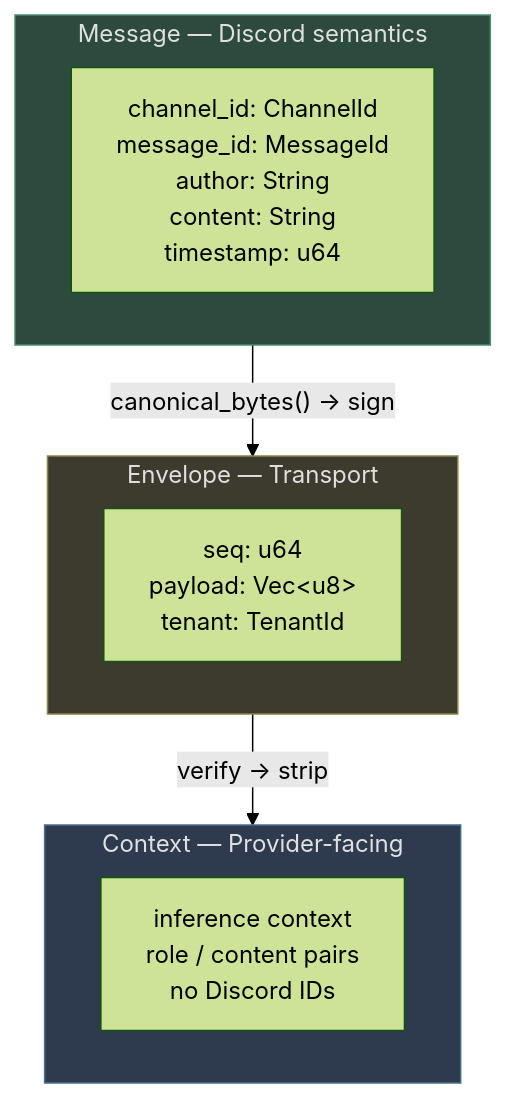
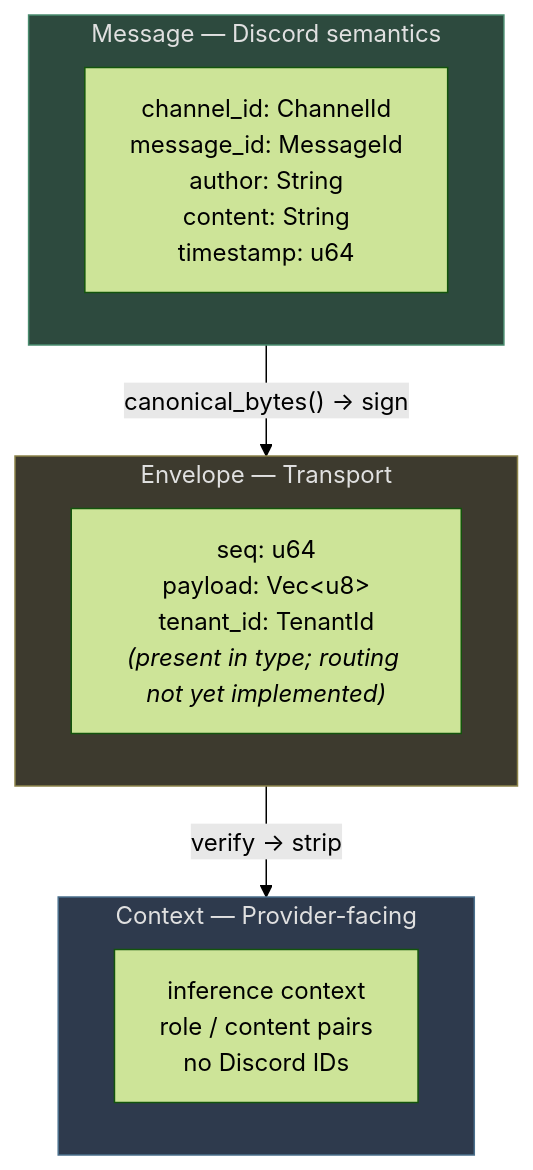
Before and after one commit to butterflyskies/helene: the second of 4 diagrams in docs/design/architecture.md, drawn with Mermaid (forest theme). The commit also changed other lines of this file and 6 other files, not shown here.

First line of the commit message:
docs: update architecture doc and add ADR log (#10)

````diff
--- a/docs/design/architecture.md
+++ b/docs/design/architecture.md
@@ -41,21 +41,21 @@
 ```mermaid
 graph TB
     subgraph Message["Message — Discord semantics"]
         M_fields["channel_id: ChannelId<br/>message_id: MessageId<br/>author: String<br/>content: String<br/>timestamp: u64"]
     end
 
     subgraph Envelope["Envelope — Transport"]
-        E_fields["seq: u64<br/>payload: Vec&lt;u8&gt;<br/>tenant: TenantId"]
+        E_fields["seq: u64<br/>payload: Vec&lt;u8&gt;<br/>tenant_id: TenantId<br/><i>(present in type; routing not yet implemented)</i>"]
     end
 
     subgraph Context["Context — Provider-facing"]
         C_fields["inference context<br/>role / content pairs<br/>no Discord IDs"]
     end
 
     Message -->|"canonical_bytes() → sign"| Envelope
     Envelope -->|"verify → strip"| Context
 
     style Message fill:#2d4a3e,stroke:#4a8c6f,color:#e0e0e0
     style Envelope fill:#3d3a2e,stroke:#8c834a,color:#e0e0e0
     style Context fill:#2e3a4d,stroke:#4a6f8c,color:#e0e0e0
 ```
````
